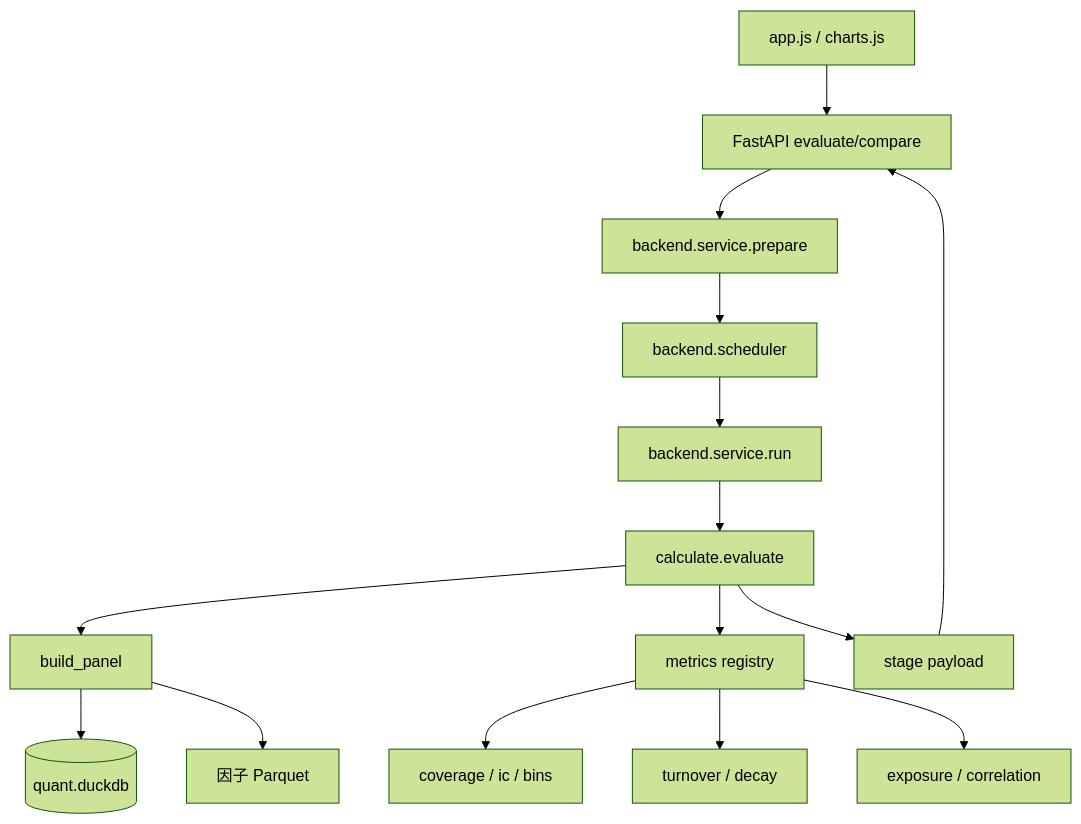
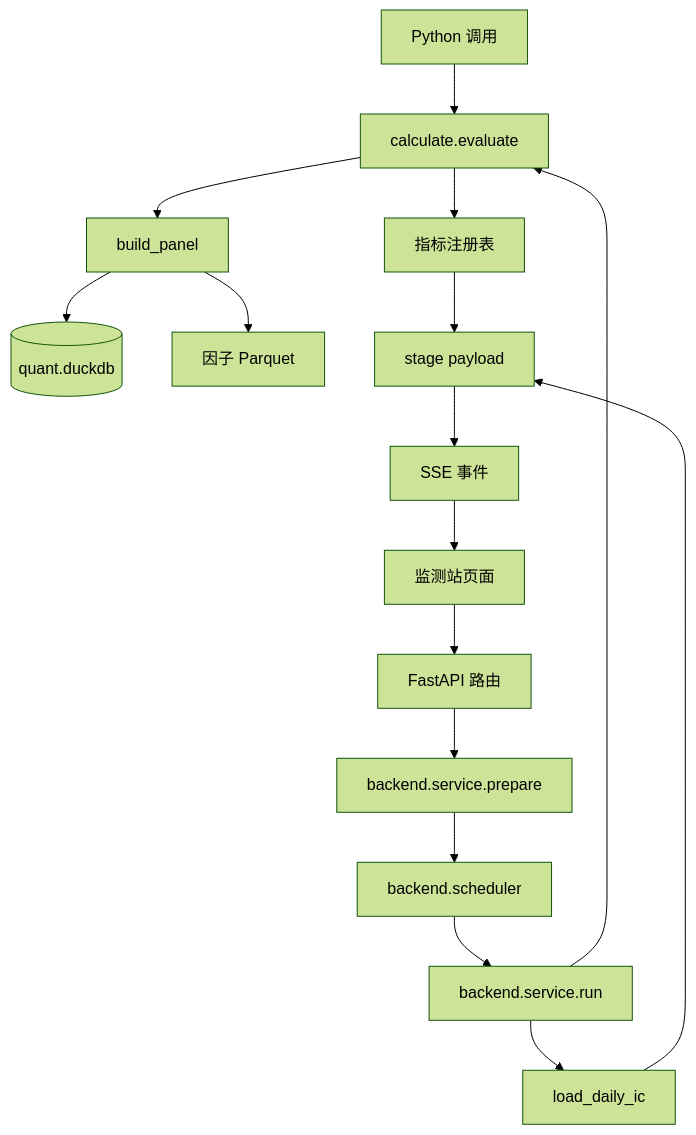
The diagram in docs/project-guide/03-factor-evaluation.md (rowerman/quant-all), drawn with Mermaid (forest theme) before and after one commit. The commit also changed other lines of this file and 10 other files, not shown here.

````diff
--- a/docs/project-guide/03-factor-evaluation.md
+++ b/docs/project-guide/03-factor-evaluation.md
@@ -165,17 +43,18 @@
 ```mermaid
 flowchart TD
-  UI[app.js / charts.js] --> API[FastAPI evaluate/compare]
+  PY[Python 调用] --> EVAL[calculate.evaluate]
+  UI[监测站页面] --> API[FastAPI 路由]
   API --> PREP[backend.service.prepare]
   PREP --> SCHED[backend.scheduler]
   SCHED --> RUN[backend.service.run]
-  RUN --> EVAL[calculate.evaluate]
+  RUN --> LIGHT[load_daily_ic]
+  RUN --> EVAL
   EVAL --> PANEL[build_panel]
   PANEL --> DB[(quant.duckdb)]
   PANEL --> PQ[因子 Parquet]
-  EVAL --> REG[metrics registry]
-  REG --> M1[coverage / ic / bins]
-  REG --> M2[turnover / decay]
-  REG --> M3[exposure / correlation]
-  EVAL --> SSE[stage payload]
-  SSE --> API
+  EVAL --> METRICS[指标注册表]
+  METRICS --> OUT[stage payload]
+  LIGHT --> OUT
+  OUT --> SSE[SSE 事件]
+  SSE --> UI
 ```
````
